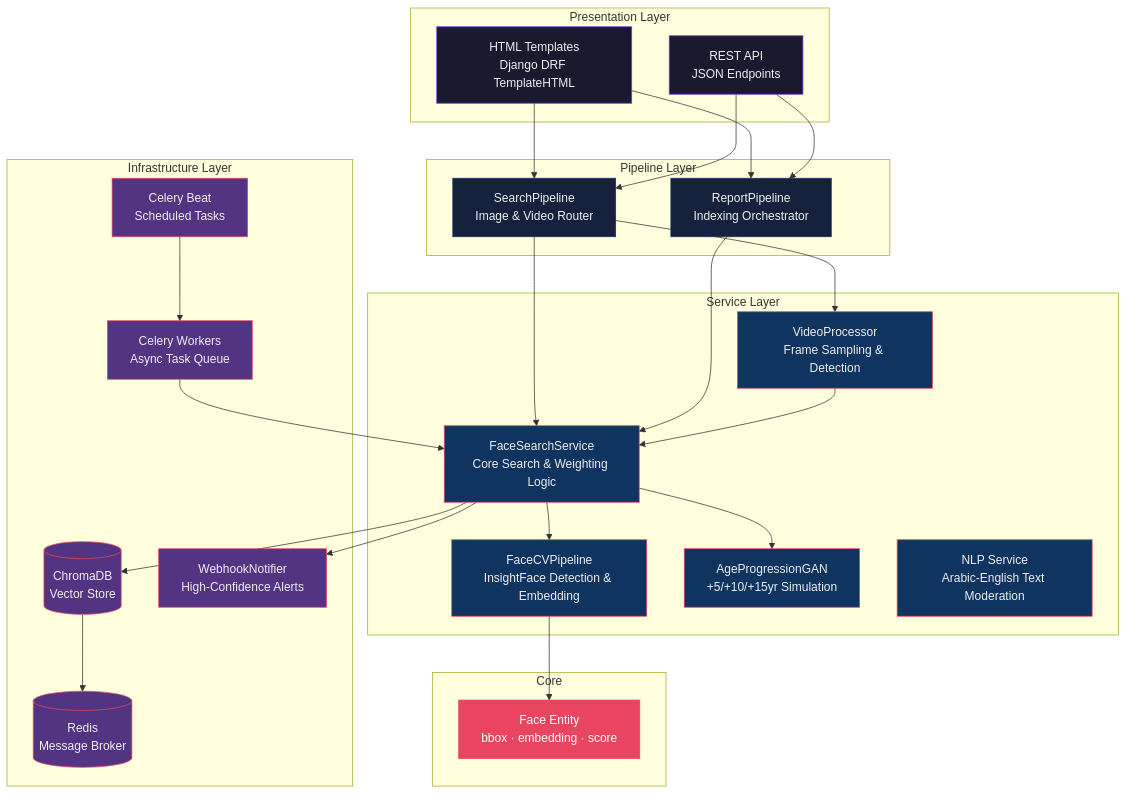
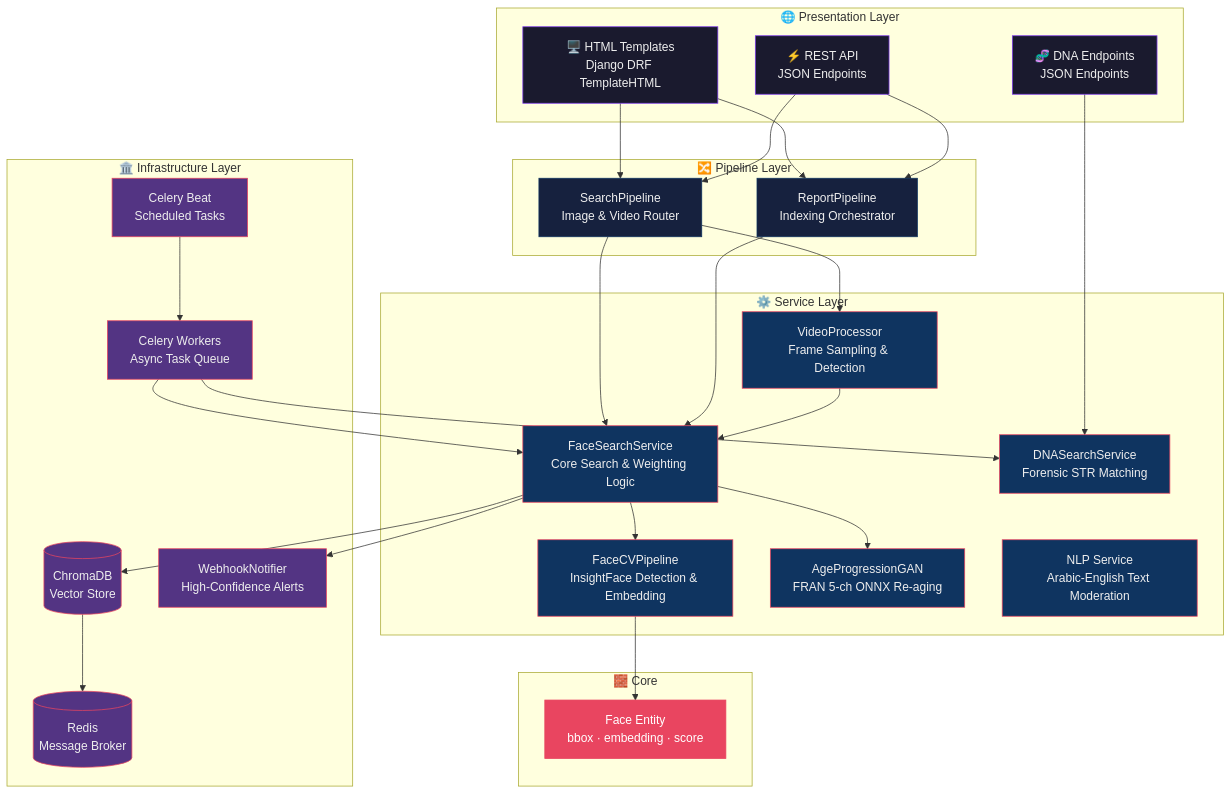
The first of 4 diagrams in README.md (blackeagle686/mafqood-ai), drawn with Mermaid before and after one commit. The commit also changed other lines of this file, not shown here.

````diff
--- a/README.md
+++ b/README.md
@@ -67,68 +61,74 @@
 ```mermaid
 graph TB
-    subgraph "Presentation Layer"
-        UI[HTML Templates<br/>Django DRF TemplateHTML]
-        API[REST API<br/>JSON Endpoints]
+    subgraph "🌐 Presentation Layer"
+        UI[🖥️ HTML Templates<br/>Django DRF TemplateHTML]
+        API[⚡ REST API<br/>JSON Endpoints]
+        DNA_API[🧬 DNA Endpoints<br/>JSON Endpoints]
     end
-
-    subgraph "Pipeline Layer"
+ 
+    subgraph "🔀 Pipeline Layer"
         SP[SearchPipeline<br/>Image & Video Router]
         RP[ReportPipeline<br/>Indexing Orchestrator]
     end
-
-    subgraph "Service Layer"
+ 
+    subgraph "⚙️ Service Layer"
         CV[FaceCVPipeline<br/>InsightFace Detection & Embedding]
         FSS[FaceSearchService<br/>Core Search & Weighting Logic]
-        AGE[AgeProgressionGAN<br/>+5/+10/+15yr Simulation]
+        AGE[AgeProgressionGAN<br/>FRAN 5-ch ONNX Re-aging]
+        DNA[DNASearchService<br/>Forensic STR Matching]
         VID[VideoProcessor<br/>Frame Sampling & Detection]
         NLP[NLP Service<br/>Arabic-English Text Moderation]
     end
-
-    subgraph "Infrastructure Layer"
+ 
+    subgraph "🏛️ Infrastructure Layer"
         VDB[(ChromaDB<br/>Vector Store)]
         REDIS[(Redis<br/>Message Broker)]
         WHK[WebhookNotifier<br/>High-Confidence Alerts]
         CELERY[Celery Workers<br/>Async Task Queue]
         BEAT[Celery Beat<br/>Scheduled Tasks]
     end
-
-    subgraph "Core"
+ 
+    subgraph "🧱 Core"
         ENT[Face Entity<br/>bbox · embedding · score]
     end
-
+ 
     UI --> SP
     API --> SP
     UI --> RP
     API --> RP
-
+    DNA_API --> DNA
+ 
     SP --> FSS
     SP --> VID
     RP --> FSS
-
+ 
     FSS --> CV
     FSS --> VDB
     FSS --> AGE
     FSS --> WHK
     VID --> FSS
-
+ 
     CV --> ENT
     VDB --> REDIS
     CELERY --> FSS
+    CELERY --> DNA
     BEAT --> CELERY
-
+ 
     style UI fill:#1a1a2e,color:#eee,stroke:#7c3aed
     style API fill:#1a1a2e,color:#eee,stroke:#7c3aed
+    style DNA_API fill:#1a1a2e,color:#eee,stroke:#7d3aed
     style SP fill:#16213e,color:#eee,stroke:#0f3460
     style RP fill:#16213e,color:#eee,stroke:#0f3460
     style CV fill:#0f3460,color:#eee,stroke:#e94560
     style FSS fill:#0f3460,color:#eee,stroke:#e94560
     style AGE fill:#0f3460,color:#eee,stroke:#e94560
     style VID fill:#0f3460,color:#eee,stroke:#e94560
+    style DNA fill:#0f3460,color:#eee,stroke:#e94560
     style NLP fill:#0f3460,color:#eee,stroke:#e94560
     style VDB fill:#533483,color:#eee,stroke:#e94560
     style REDIS fill:#533483,color:#eee,stroke:#e94560
     style WHK fill:#533483,color:#eee,stroke:#e94560
     style CELERY fill:#533483,color:#eee,stroke:#e94560
     style BEAT fill:#533483,color:#eee,stroke:#e94560
     style ENT fill:#e94560,color:#fff,stroke:#e94560
 ```
````
